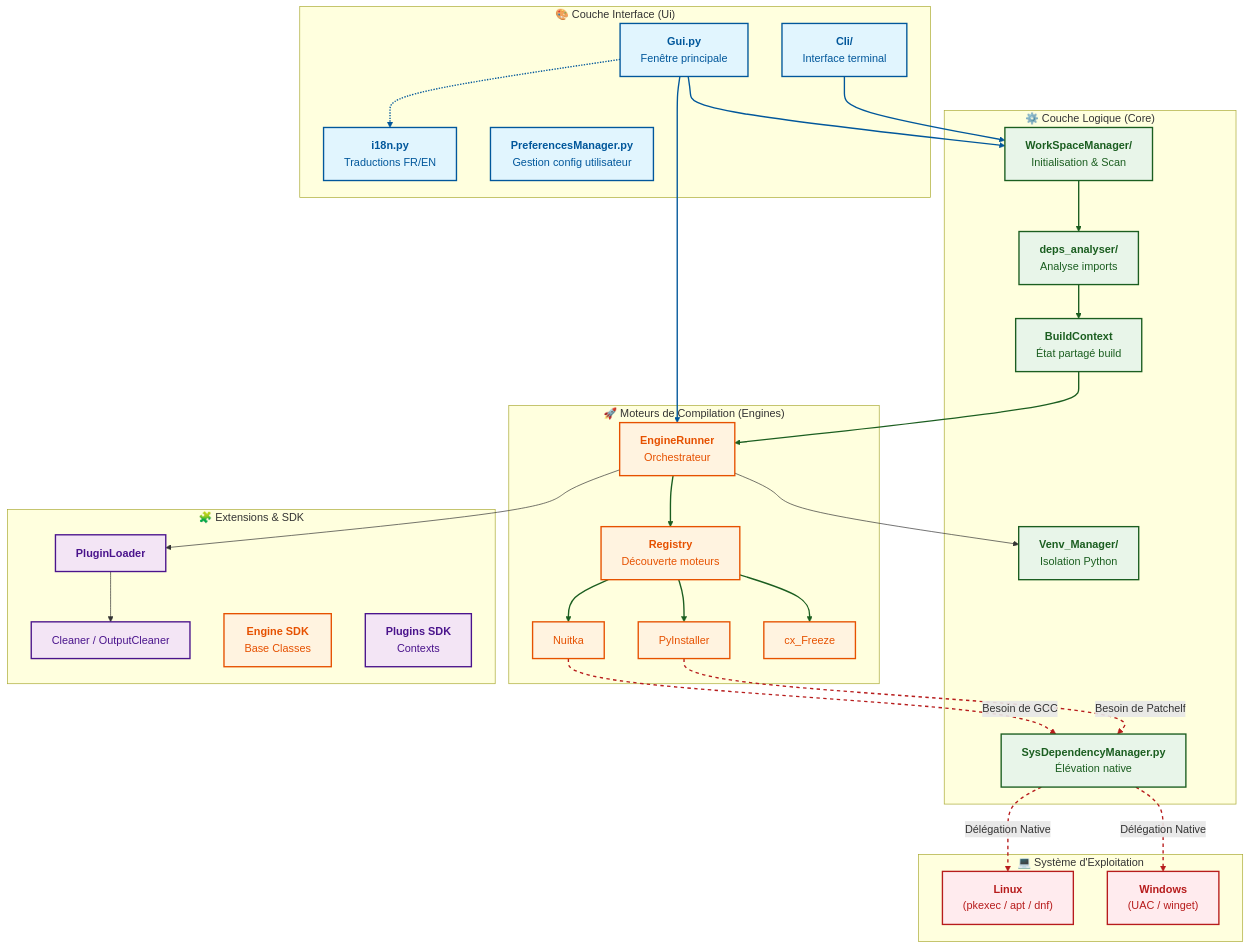
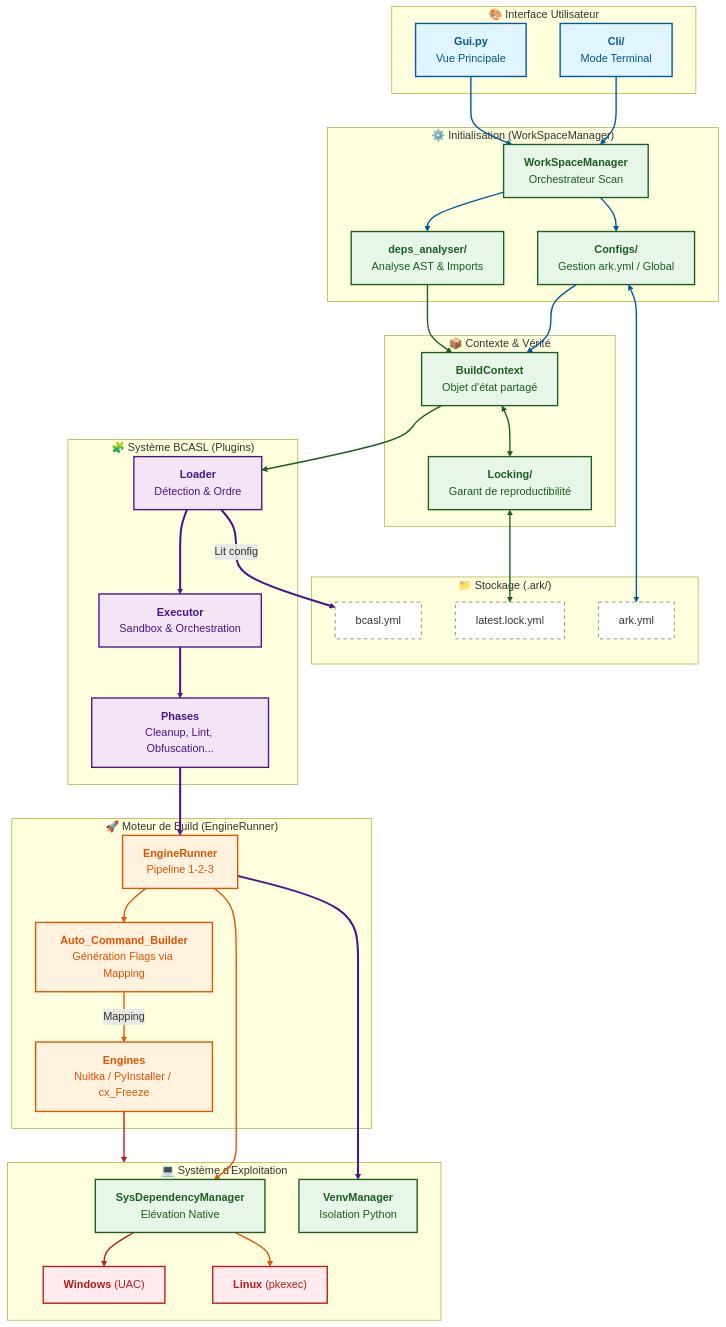
Before and after one commit to raidos23/PyCompiler_ARK: the diagram in docs/view/GlobalLogic.mmd, drawn with Mermaid.

Commit message:
docs: refonte complète du diagramme d'architecture (BCASL, Flux Linéaire, Styles Sémantiques) Signed-off-by: Samuel Amen Ague <ague.samuel27@gmail.com>

```diff
--- a/docs/view/GlobalLogic.mmd
+++ b/docs/view/GlobalLogic.mmd
@@ -1,73 +1,96 @@
 graph TD
     %% Définition des Styles (Code Couleur Sémantique)
     classDef ui fill:#e1f5fe,stroke:#01579b,stroke-width:2px,color:#01579b;
     classDef core fill:#e8f5e9,stroke:#1b5e20,stroke-width:2px,color:#1b5e20;
     classDef engine fill:#fff3e0,stroke:#e65100,stroke-width:2px,color:#e65100;
-    classDef plugin fill:#f3e5f5,stroke:#4a148c,stroke-width:2px,color:#4a148c;
+    classDef bcasl fill:#f3e5f5,stroke:#4a148c,stroke-width:2px,color:#4a148c;
     classDef system fill:#ffebee,stroke:#b71c1c,stroke-width:2px,color:#b71c1c;
+    classDef storage fill:#ffffff,stroke:#616161,stroke-width:1px,stroke-dasharray: 5 5;
 
-    subgraph UI_Layer ["🎨 Couche Interface (Ui)"]
-        GUI["<b>Gui.py</b><br/>Fenêtre principale"]:::ui
-        CLI["<b>Cli/</b><br/>Interface terminal"]:::ui
-        I18N["<b>i18n.py</b><br/>Traductions FR/EN"]:::ui
-        PREF["<b>PreferencesManager.py</b><br/>Gestion config utilisateur"]:::ui
+    %% 1. COUCHE INTERFACE
+    subgraph UI ["🎨 Interface Utilisateur"]
+        GUI["<b>Gui.py</b><br/>Vue Principale"]:::ui
+        CLI["<b>Cli/</b><br/>Mode Terminal"]:::ui
     end
 
-    subgraph CORE_Layer ["⚙️ Couche Logique (Core)"]
-        WSM["<b>WorkSpaceManager/</b><br/>Initialisation & Scan"]:::core
-        VENV["<b>Venv_Manager/</b><br/>Isolation Python"]:::core
-        DEPS["<b>deps_analyser/</b><br/>Analyse imports"]:::core
-        BC_CTX["<b>BuildContext</b><br/>État partagé build"]:::core
-        SDM["<b>SysDependencyManager.py</b><br/>Élévation native"]:::core
+    %% 2. COUCHE INITIALISATION
+    subgraph INIT ["⚙️ Initialisation (WorkSpaceManager)"]
+        WSM["<b>WorkSpaceManager</b><br/>Orchestrateur Scan"]:::core
+        CFG["<b>Configs/</b><br/>Gestion ark.yml / Global"]:::core
+        DEPS["<b>deps_analyser/</b><br/>Analyse AST & Imports"]:::core
     end
 
-    subgraph ENGINE_Layer ["🚀 Moteurs de Compilation (Engines)"]
-        ENG_REG["<b>Registry</b><br/>Découverte moteurs"]:::engine
-        ENG_RUN["<b>EngineRunner</b><br/>Orchestrateur"]:::engine
-        NUITKA["Nuitka"]:::engine
-        PYINST["PyInstaller"]:::engine
-        CXF["cx_Freeze"]:::engine
+    %% 3. LE COEUR (ÉTAT)
+    subgraph CONTEXT ["📦 Contexte & Vérité"]
+        BC_CTX["<b>BuildContext</b><br/>Objet d'état partagé"]:::core
+        LOCK["<b>Locking/</b><br/>Garant de reproductibilité"]:::core
     end
 
-    subgraph EXTENSION_Layer ["🧩 Extensions & SDK"]
-        PLG_MGR["<b>PluginLoader</b>"]:::plugin
-        PLG_CLEAN["Cleaner / OutputCleaner"]:::plugin
-        ENG_SDK["<b>Engine SDK</b><br/>Base Classes"]:::engine
-        PLG_SDK["<b>Plugins SDK</b><br/>Contexts"]:::plugin
+    %% 4. COUCHE BCASL (INTERCEPTION PRE-BUILD)
+    subgraph BCASL_SYS ["🧩 Système BCASL (Plugins)"]
+        BCASL_L["<b>Loader</b><br/>Détection & Ordre"]:::bcasl
+        BCASL_E["<b>Executor</b><br/>Sandbox & Orchestration"]:::bcasl
+        BCASL_P["<b>Phases</b><br/>Cleanup, Lint, Obfuscation..."]:::bcasl
     end
 
-    subgraph OS_Layer ["💻 Système d'Exploitation"]
-        LINUX["<b>Linux</b><br/>(pkexec / apt / dnf)"]:::system
-        WIN["<b>Windows</b><br/>(UAC / winget)"]:::system
+    %% 5. COUCHE COMPILATION
+    subgraph ENGINE_SYS ["🚀 Moteur de Build (EngineRunner)"]
+        RUNNER["<b>EngineRunner</b><br/>Pipeline 1-2-3"]:::engine
+        AUTO["<b>Auto_Command_Builder</b><br/>Génération Flags via Mapping"]:::engine
+        MOTEURS["<b>Engines</b><br/>Nuitka / PyInstaller / cx_Freeze"]:::engine
     end
 
-    %% Interactions UI -> Core
-    GUI --> WSM
-    GUI --> ENG_RUN
-    CLI --> WSM
-    GUI -.-> I18N
+    %% 6. COUCHE SYSTEME
+    subgraph OS_SYS ["💻 Système d'Exploitation"]
+        SDM["<b>SysDependencyManager</b><br/>Elévation Native"]:::core
+        LINUX["<b>Linux</b> (pkexec)"]:::system
+        WIN["<b>Windows</b> (UAC)"]:::system
+        VENV["<b>VenvManager</b><br/>Isolation Python"]:::core
+    end
 
-    %% Flux de Compilation
+    %% 7. PERSISTANCE
+    subgraph DATA ["📁 Stockage (.ark/)"]
+        ARK_YML["ark.yml"]:::storage
+        BCASL_YML["bcasl.yml"]:::storage
+        LOCK_YML["latest.lock.yml"]:::storage
+    end
+
+    %% --- FLUX LOGIQUE ---
+
+    %% Phase 1: Entrée & Config
+    GUI & CLI --> WSM
+    WSM --> CFG
+    CFG <--> ARK_YML
+    CFG --> BC_CTX
+
+    %% Phase 2: Analyse
     WSM --> DEPS
     DEPS --> BC_CTX
-    BC_CTX --> ENG_RUN
-    ENG_RUN --> ENG_REG
-    ENG_REG --> NUITKA
-    ENG_REG --> PYINST
-    ENG_REG --> CXF
 
-    %% Interaction SysDependency (Le pont refactorisé)
-    NUITKA -- "Besoin de GCC" --> SDM
-    PYINST -- "Besoin de Patchelf" --> SDM
-    SDM -- "Délégation Native" --> LINUX
-    SDM -- "Délégation Native" --> WIN
+    %% Phase 3: Reproductibilité
+    BC_CTX <--> LOCK
+    LOCK <--> LOCK_YML
 
-    %% Plugins & Venv
-    ENG_RUN --> PLG_MGR
-    PLG_MGR --> PLG_CLEAN
-    ENG_RUN --> VENV
+    %% Phase 4: Interception BCASL (Avant Compilation)
+    BC_CTX ==> BCASL_L
+    BCASL_L -- "Lit config" --> BCASL_YML
+    BCASL_L --> BCASL_E
+    BCASL_E --> BCASL_P
+    BCASL_P ==> RUNNER
 
-    %% Notes de flux
-    linkStyle 0,1,2,3 stroke:#01579b,stroke-width:2px;
-    linkStyle 4,5,6,7,8,9,10 stroke:#1b5e20,stroke-width:2px;
-    linkStyle 11,12,13,14 stroke:#b71c1c,stroke-width:2px,stroke-dasharray: 5 5;
+    %% Phase 5: Orchestration Compilation
+    RUNNER --> VENV
+    RUNNER --> SDM
+    RUNNER --> AUTO
+    AUTO -- "Mapping" --> MOTEURS
+    
+    %% Phase 6: Exécution & OS
+    SDM ==> LINUX & WIN
+    MOTEURS --> OS_SYS
+
+    %% --- STYLISATION DES LIENS ---
+    linkStyle 0,1,2,3,4,5 stroke:#01579b,stroke-width:2px;
+    linkStyle 6,7,8,9 stroke:#1b5e20,stroke-width:2px;
+    linkStyle 10,11,12,13,14 stroke:#4a148c,stroke-width:3px;
+    linkStyle 15,16,17,18 stroke:#e65100,stroke-width:2px;
+    linkStyle 19,20 stroke:#b71c1c,stroke-width:2px;
```
